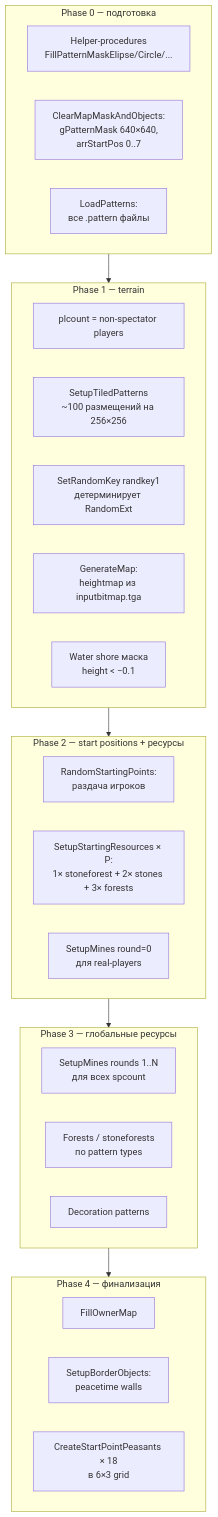
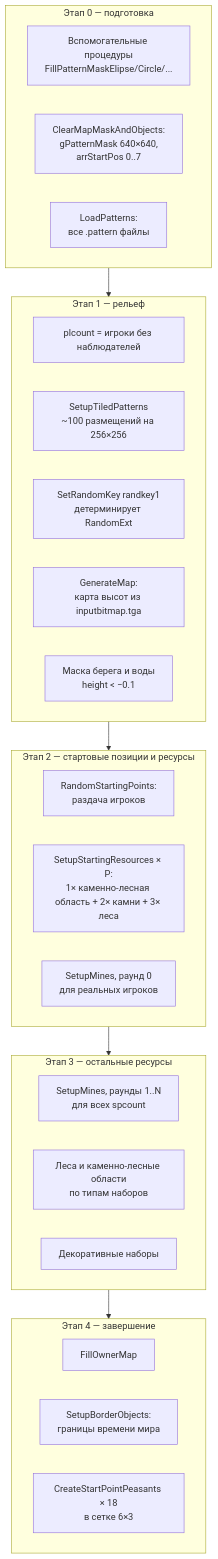
One commit to anyalink99/cossacks-3-almanac changed the diagram in docs/recon/world/map/map_generation_pipeline.md. Above: the diagram before and after it, drawn with Mermaid. The commit also changed other lines of this file and 56 other files, not shown here.

````diff
--- a/docs/recon/world/map/map_generation_pipeline.md
+++ b/docs/recon/world/map/map_generation_pipeline.md
@@ -67,31 +74,31 @@
 ```mermaid
 flowchart TB
-    subgraph P0["Phase 0 — подготовка"]
-        H[Helper-procedures<br/>FillPatternMaskElipse/Circle/...]
+    subgraph P0["Этап 0 — подготовка"]
+        H[Вспомогательные процедуры<br/>FillPatternMaskElipse/Circle/...]
         Clear[ClearMapMaskAndObjects:<br/>gPatternMask 640×640,<br/>arrStartPos 0..7]
         Load[LoadPatterns:<br/>все .pattern файлы]
     end
-    subgraph P1["Phase 1 — terrain"]
-        Players[plcount = non-spectator players]
+    subgraph P1["Этап 1 — рельеф"]
+        Players[plcount = игроки без наблюдателей]
         Tiles[SetupTiledPatterns<br/>~100 размещений на 256×256]
         Seed[SetRandomKey randkey1<br/>детерминирует RandomExt]
-        Gen[GenerateMap:<br/>heightmap из inputbitmap.tga]
-        Water[Water shore маска<br/>height &lt; −0.1]
+        Gen[GenerateMap:<br/>карта высот из inputbitmap.tga]
+        Water[Маска берега и воды<br/>height &lt; −0.1]
     end
-    subgraph P2["Phase 2 — start positions + ресурсы"]
+    subgraph P2["Этап 2 — стартовые позиции и ресурсы"]
         StartPts[RandomStartingPoints:<br/>раздача игроков]
-        StartRes[SetupStartingResources × P:<br/>1× stoneforest + 2× stones + 3× forests]
-        Mines1[SetupMines round=0<br/>для real-players]
+        StartRes[SetupStartingResources × P:<br/>1× каменно-лесная область + 2× камни + 3× леса]
+        Mines1[SetupMines, раунд 0<br/>для реальных игроков]
     end
-    subgraph P3["Phase 3 — глобальные ресурсы"]
-        Mines2[SetupMines rounds 1..N<br/>для всех spcount]
-        Forests[Forests / stoneforests<br/>по pattern types]
-        Decor[Decoration patterns]
+    subgraph P3["Этап 3 — остальные ресурсы"]
+        Mines2[SetupMines, раунды 1..N<br/>для всех spcount]
+        Forests[Леса и каменно-лесные области<br/>по типам наборов]
+        Decor[Декоративные наборы]
     end
-    subgraph P4["Phase 4 — финализация"]
+    subgraph P4["Этап 4 — завершение"]
         Owner[FillOwnerMap]
-        Borders[SetupBorderObjects:<br/>peacetime walls]
-        Pea[CreateStartPointPeasants × 18<br/>в 6×3 grid]
+        Borders[SetupBorderObjects:<br/>границы времени мира]
+        Pea[CreateStartPointPeasants × 18<br/>в сетке 6×3]
     end
     P0 --> P1 --> P2 --> P3 --> P4
 ```
````
